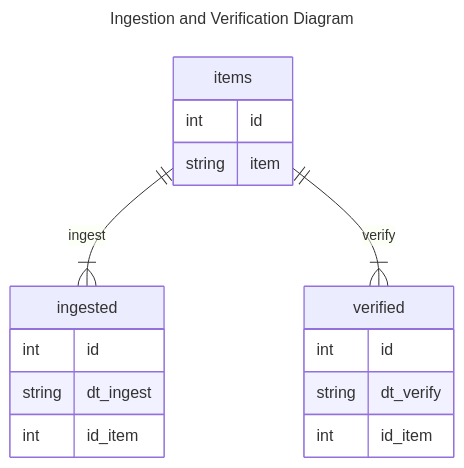
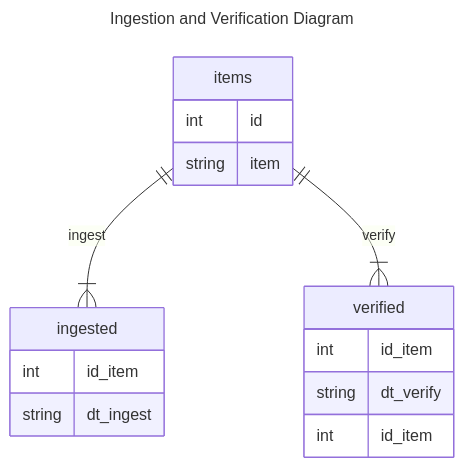
The diagram in README.md (kaust-library-systems/r2pdb), drawn with Mermaid before and after one commit. The commit also changed 2 other files, not shown here.

Commit message:
Testing new design

````diff
--- a/README.md
+++ b/README.md
@@ -7,22 +7,21 @@
 ```mermaid
 --- 
 title: Ingestion and Verification Diagram
 ---
 erDiagram
     items ||--|{ ingested : ingest
     items {
         int id
         string item
     }
     ingested {
-        int id
+        int id_item
         string dt_ingest
-        int id_item
     }
     items ||--|{ verified: verify
     verified {
-        int id
+        int id_item
         string dt_verify
         int id_item
     }
 ```
````
